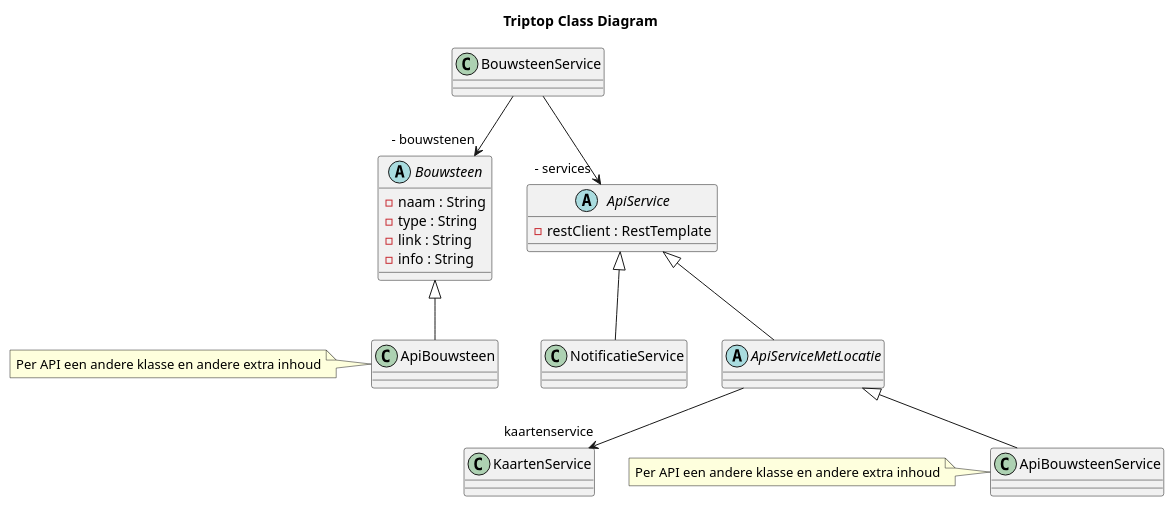
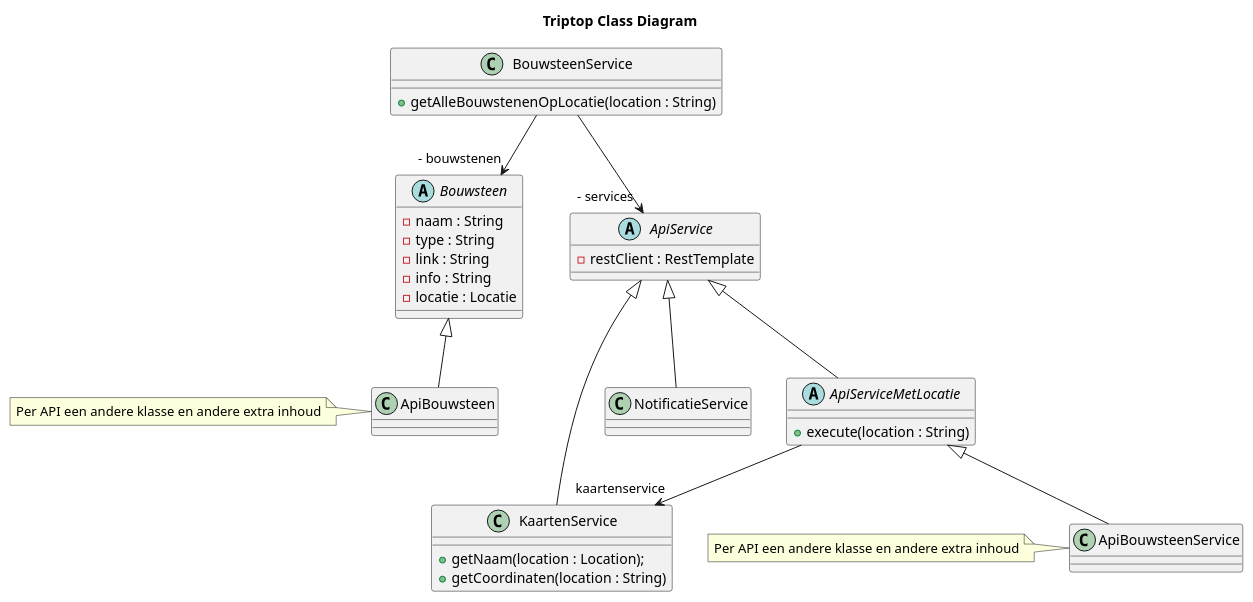
Before and after one commit to AIM-ENE-feb25/triptop-groep-1-met-third-wheel: the diagram in individueel/diagram/class/Rianne-TripTopClassDiagram.puml, drawn with PlantUML.

Commit message:
Klassendiagram van Rianne

```diff
--- a/individueel/diagram/class/Rianne-TripTopClassDiagram.puml
+++ b/individueel/diagram/class/Rianne-TripTopClassDiagram.puml
@@ -1,35 +1,42 @@
 @startuml
 title Triptop Class Diagram
 class BouwsteenService{
-
+  +getAlleBouwstenenOpLocatie(location : String)
 }
 
 abstract class Bouwsteen {
     - naam : String
     - type : String
     - link : String
     - info : String
+    - locatie : Locatie
 }
 
 class ApiBouwsteen
 note left: Per API een andere klasse en andere extra inhoud
 
 abstract class ApiService{
     - restClient : RestTemplate
 }
 class NotificatieService
 
-abstract class ApiServiceMetLocatie
-class KaartenService
+abstract class ApiServiceMetLocatie{
+    +execute(location : String)
+}
+class KaartenService{
+    +getNaam(location : Location);
+    +getCoordinaten(location : String)
+}
 class ApiBouwsteenService
 note left: Per API een andere klasse en andere extra inhoud
 
 
 BouwsteenService -->"- bouwstenen" Bouwsteen
 Bouwsteen ^-- ApiBouwsteen
 BouwsteenService --> " - services" ApiService
 ApiService ^-- NotificatieService
+ApiService ^-- KaartenService
 ApiService ^-- ApiServiceMetLocatie
 ApiServiceMetLocatie --> "kaartenservice"KaartenService
 ApiServiceMetLocatie ^-- "ApiBouwsteenService"
 @enduml
```
